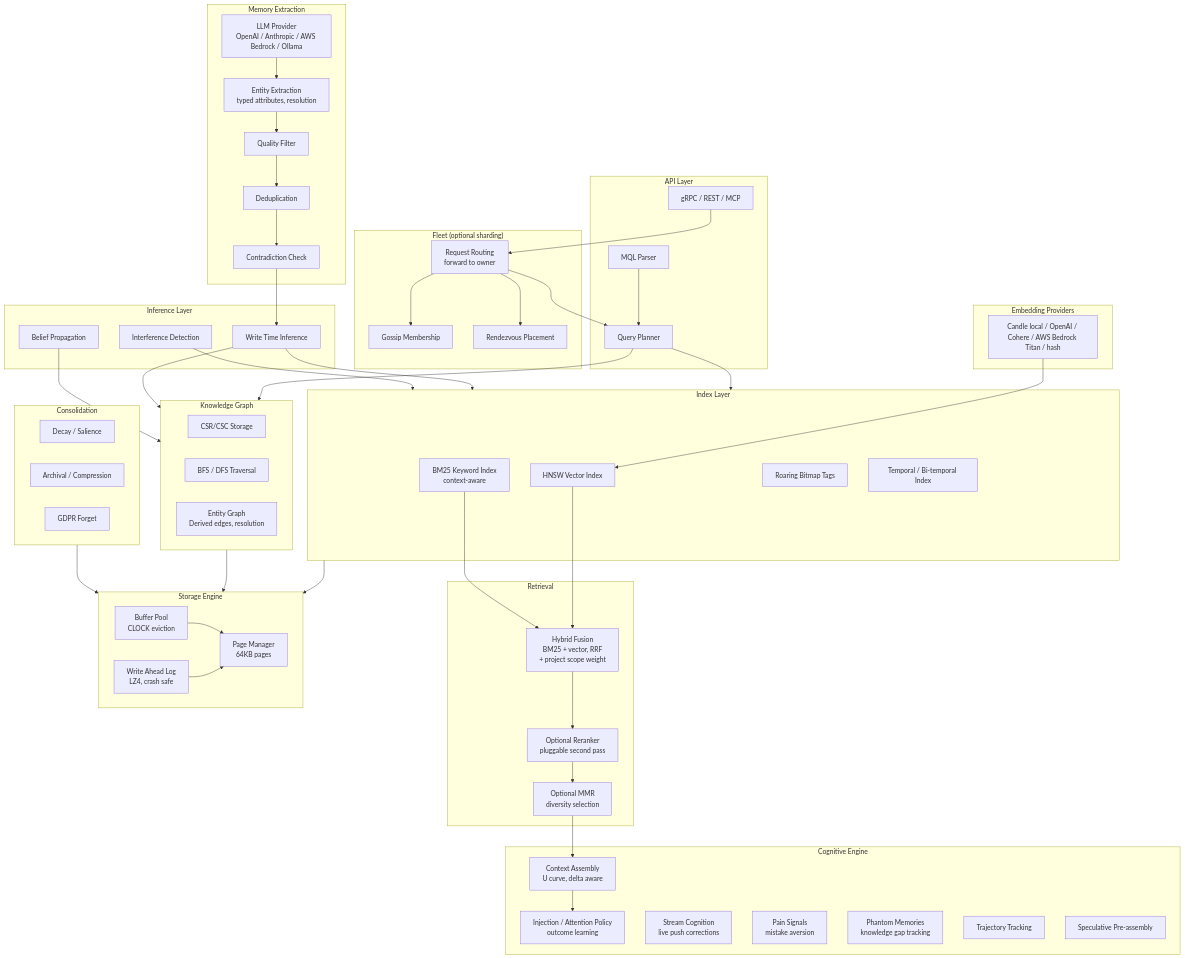
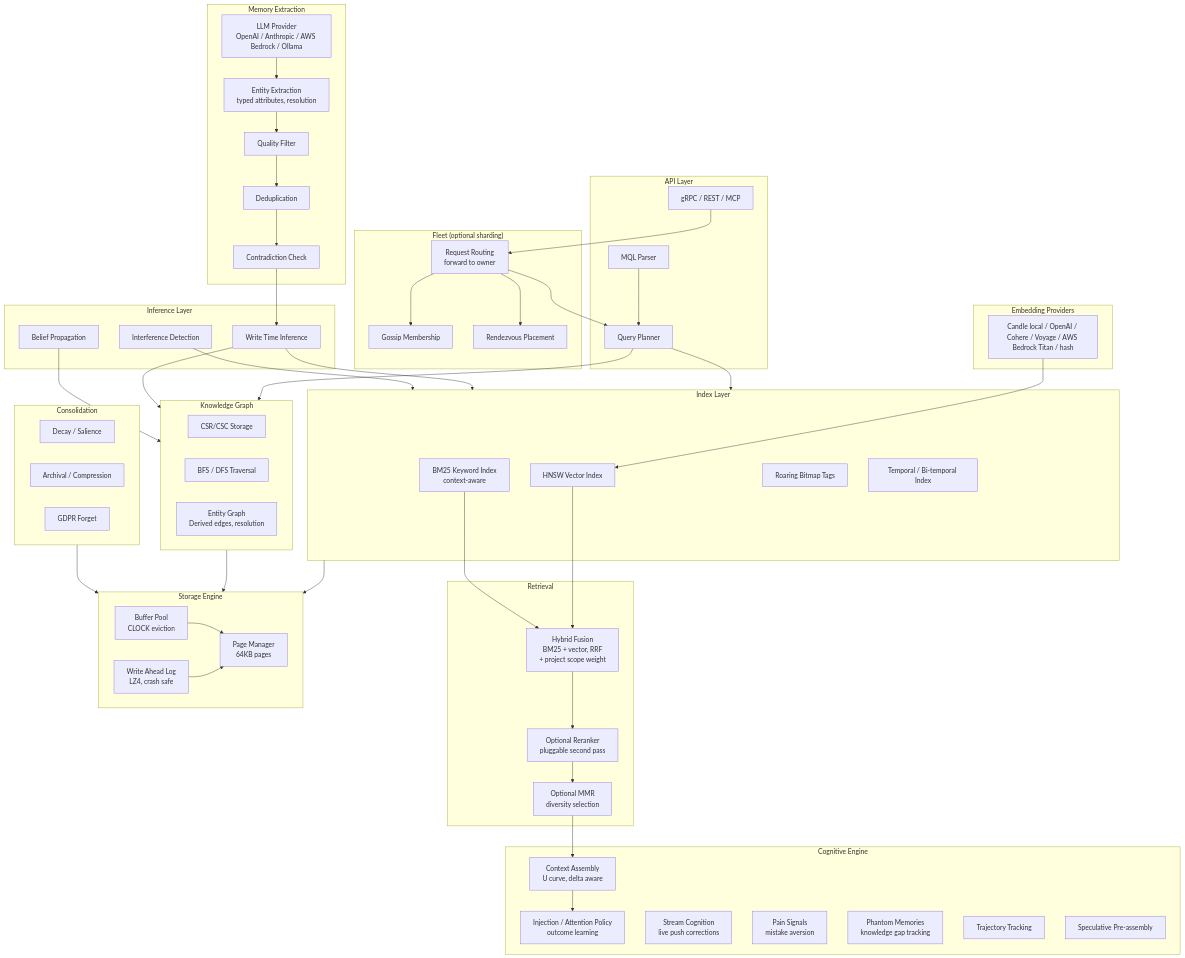
Before and after one commit to zqf20096327/dbhub_collect: the diagram in data/readmes/nambok__mentedb.md, drawn with Mermaid. The commit also changed other lines of this file and 536 other files, not shown here.

```diff
--- a/data/readmes/nambok__mentedb.md
+++ b/data/readmes/nambok__mentedb.md
@@ -382,7 +398,7 @@
     end
 
     subgraph Embeddings["Embedding Providers"]
-        EMB["Candle local / OpenAI / Cohere / AWS Bedrock Titan / hash"]
+        EMB["Candle local / OpenAI / Cohere / Voyage / AWS Bedrock Titan / hash"]
     end
 
     subgraph Retrieval["Retrieval"]
```
